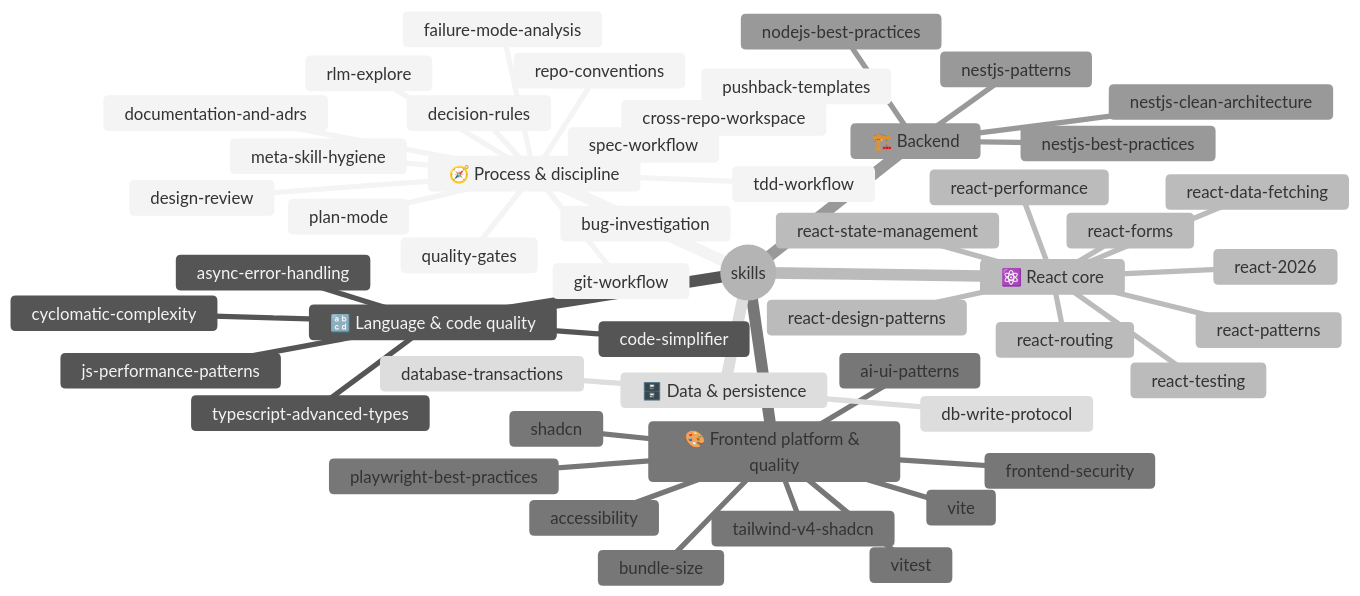
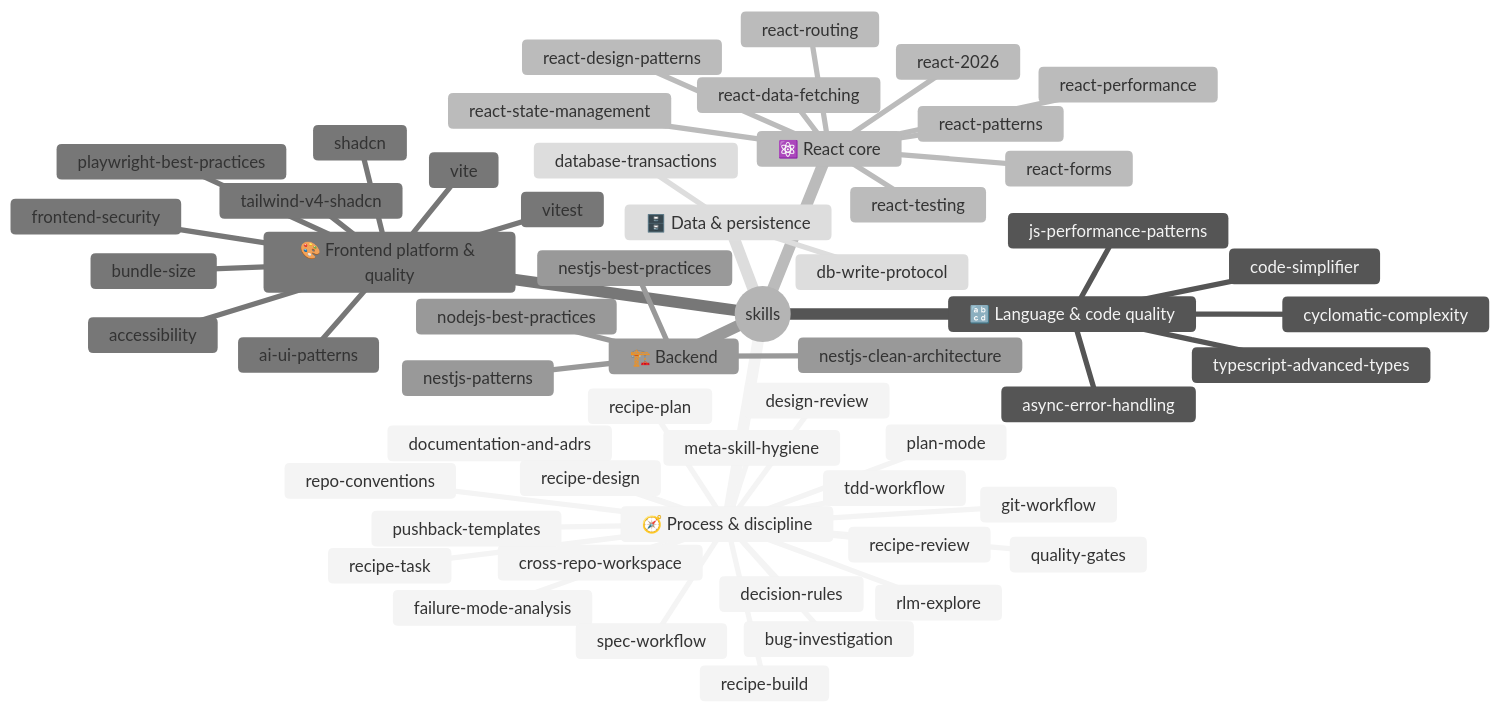
The diagram in template/.ruler/skills/README.md (TierOne-Studio/llm-harness-fullstack), drawn with Mermaid (neutral theme) before and after one commit. The commit also changed other lines of this file and 8 other files, not shown here.

````diff
--- a/template/.ruler/skills/README.md
+++ b/template/.ruler/skills/README.md
@@ -12,54 +12,59 @@
 ```mermaid
 mindmap
   root((skills))
     🧭 Process & discipline
       bug-investigation
       cross-repo-workspace
       decision-rules
       design-review
       documentation-and-adrs
       failure-mode-analysis
       git-workflow
       meta-skill-hygiene
       plan-mode
       pushback-templates
       quality-gates
+      recipe-build
+      recipe-design
+      recipe-plan
+      recipe-review
+      recipe-task
       repo-conventions
       rlm-explore
       spec-workflow
       tdd-workflow
     🔡 Language & code quality
       async-error-handling
       code-simplifier
       cyclomatic-complexity
       js-performance-patterns
       typescript-advanced-types
     ⚛️ React core
       react-2026
       react-data-fetching
       react-design-patterns
       react-forms
       react-patterns
       react-performance
       react-routing
       react-state-management
       react-testing
     🎨 Frontend platform & quality
       accessibility
       ai-ui-patterns
       bundle-size
       frontend-security
       playwright-best-practices
       shadcn
       tailwind-v4-shadcn
       vite
       vitest
     🏗️ Backend
       nestjs-best-practices
       nestjs-clean-architecture
       nestjs-patterns
       nodejs-best-practices
     🗄️ Data & persistence
       database-transactions
       db-write-protocol
 ```
````
